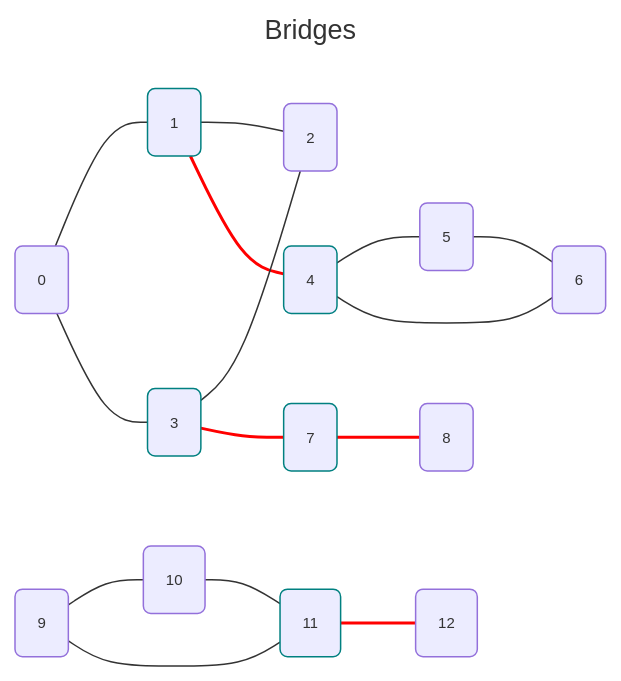
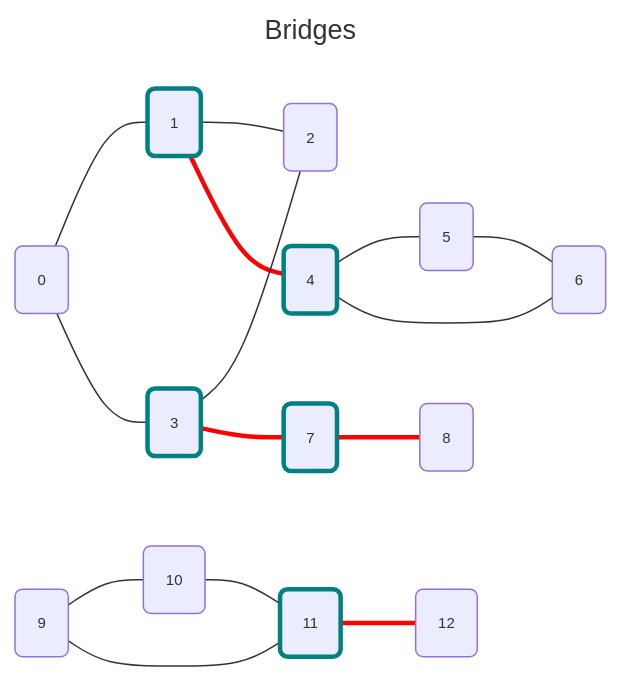
Before and after one commit to sweinst/Grafology: the diagram in docs/algos/bridges_and_AP.md, drawn with Mermaid. The commit also changed 2 other files, not shown here.

Commit message:
Getting diagrams clearer

````diff
--- a/docs/algos/bridges_and_AP.md
+++ b/docs/algos/bridges_and_AP.md
@@ -19,43 +19,43 @@
 ```mermaid
 ---
 title: Bridges
 config:
   themeVariables:
     fontSize: 10px
     sectionFontSize: 10px
     edgeLabelBackground: transparent
 ---
 graph LR;
     0(0)
     1(1):::AP
     2(2)
     3(3):::AP
     4(4):::AP
     5(5)
     6(6)
     7(7):::AP
     8(8)
     9(9)
     10(10)
     11(11):::AP
     12(12)
 
     0 --- 1
     0 --- 3
     1 --- 2
     1 --- 4
     3 --- 2
     3 --- 7
     4 --- 5
     5 --- 6
     6 --- 4
     7 --- 8
     9 --- 10
     10 --- 11
     11 --- 9
     11 --- 12
 
-    classDef AP stroke:teal
+    classDef AP stroke:teal,stroke-width:3px
     linkStyle default font-size: 15px
-    linkStyle 3,5,9,13 stroke-width:2px, stroke:red, fill: none
+    linkStyle 3,5,9,13 stroke-width:3px, stroke:red, fill: none
 ```
````
